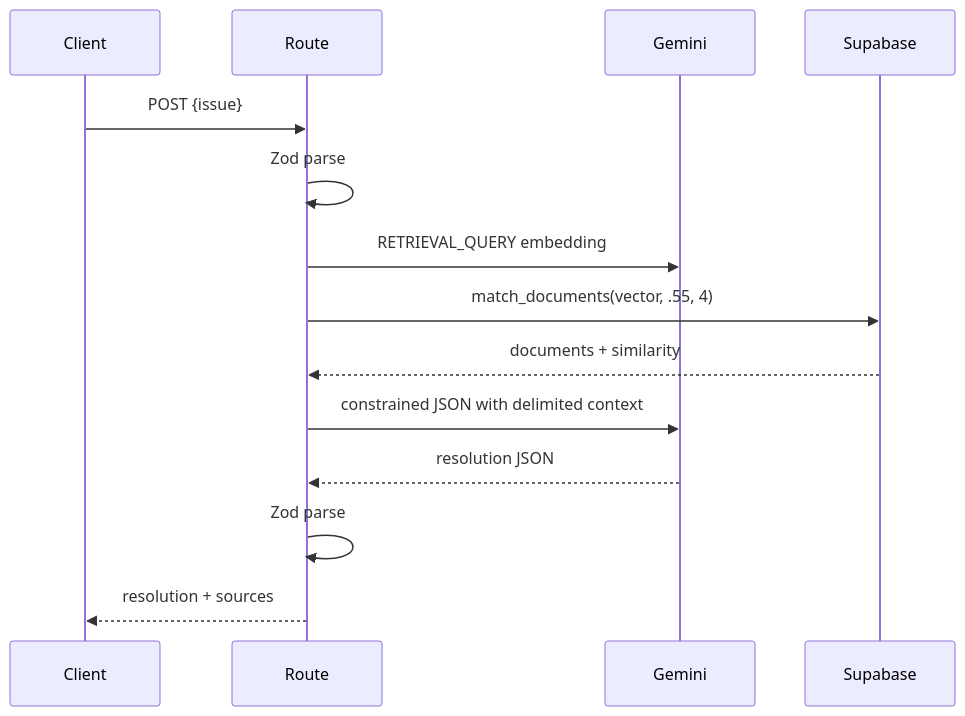
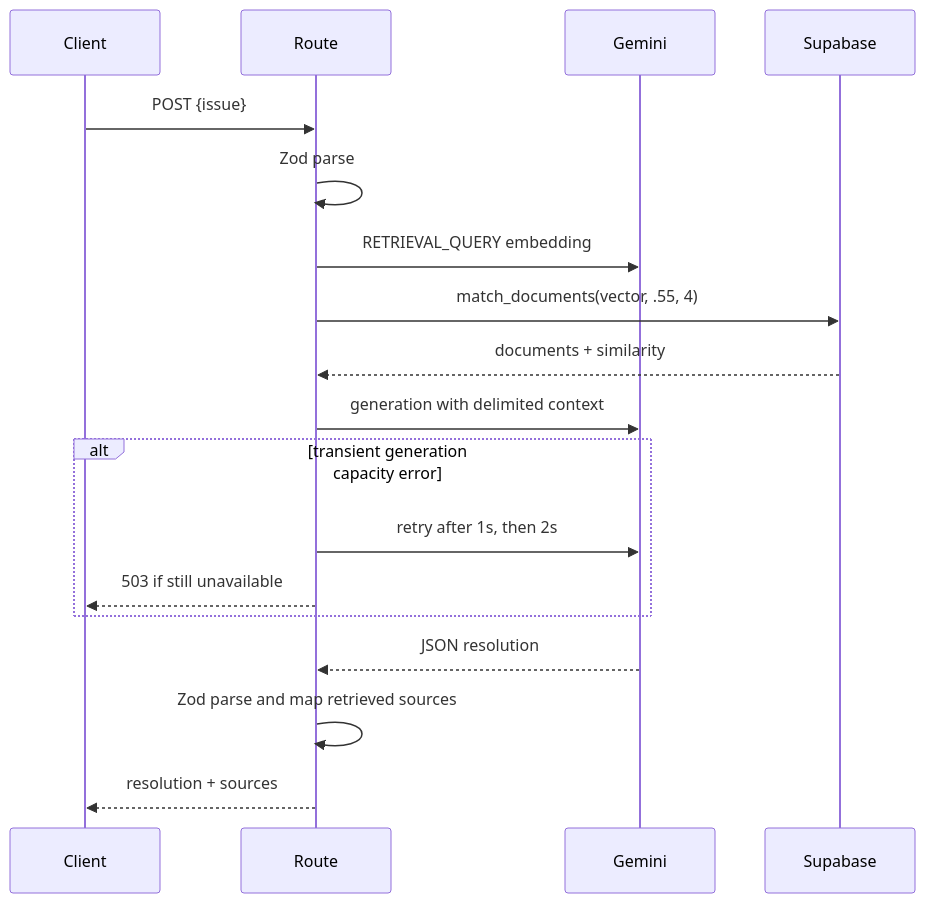
Before and after one commit to garvitsingh171/resolve-ai: the diagram in docs/LLD.md, drawn with Mermaid. The commit also changed other lines of this file and 15 other files, not shown here.

````diff
--- a/docs/LLD.md
+++ b/docs/LLD.md
@@ -14,16 +15,20 @@
 ```mermaid
 sequenceDiagram
   participant C as Client
   participant R as Route
   participant G as Gemini
   participant D as Supabase
   C->>R: POST {issue}
   R->>R: Zod parse
   R->>G: RETRIEVAL_QUERY embedding
   R->>D: match_documents(vector, .55, 4)
   D-->>R: documents + similarity
-  R->>G: constrained JSON with delimited context
-  G-->>R: resolution JSON
-  R->>R: Zod parse
+  R->>G: generation with delimited context
+  alt transient generation capacity error
+    R->>G: retry after 1s, then 2s
+    R-->>C: 503 if still unavailable
+  end
+  G-->>R: JSON resolution
+  R->>R: Zod parse and map retrieved sources
   R-->>C: resolution + sources
 ```
````
